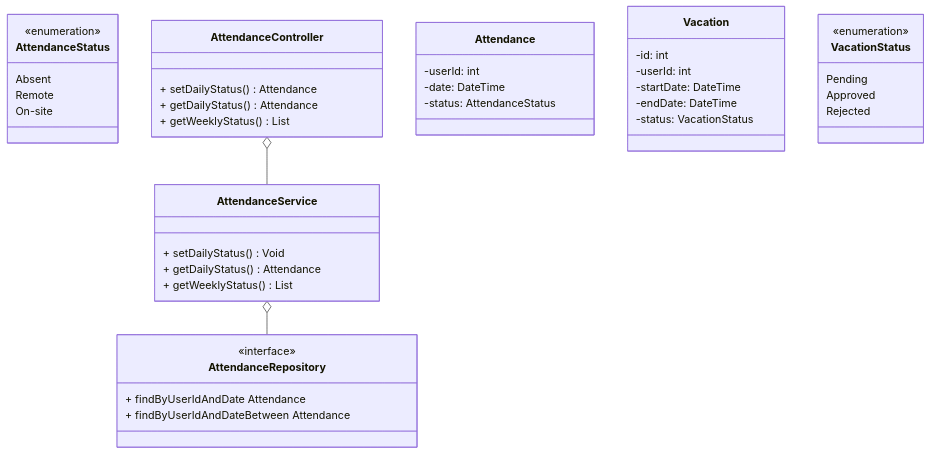
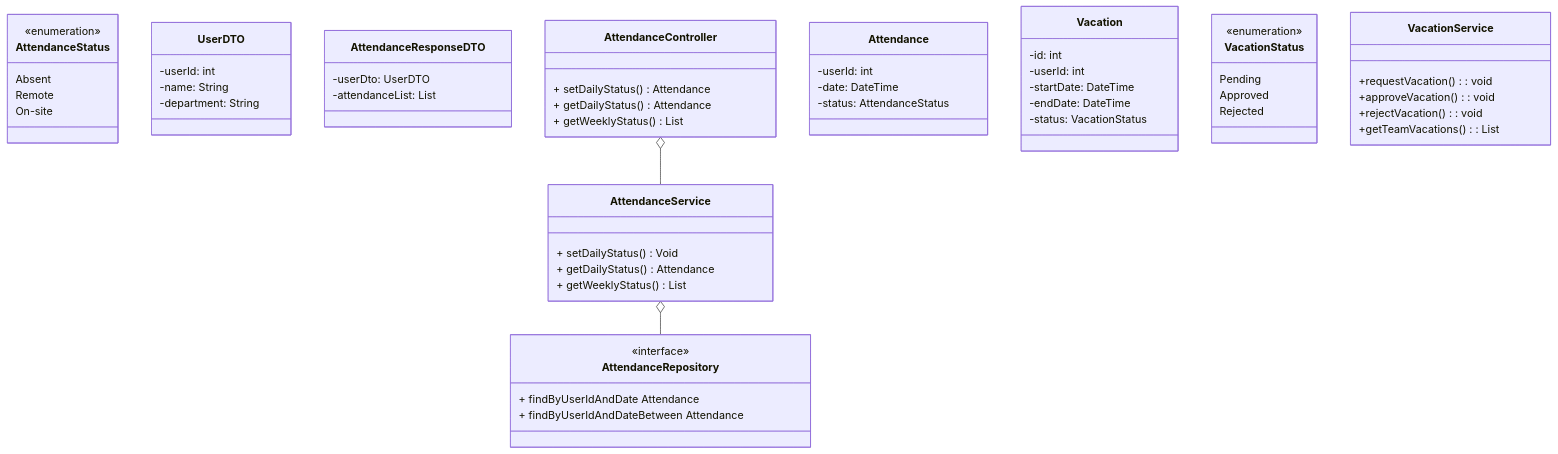
Before and after one commit to wrak-fra5-belbasalla7mar/.github: the seventh of 10 diagrams in profile/README.md, drawn with Mermaid.

````diff
--- a/profile/README.md
+++ b/profile/README.md
@@ -323,47 +323,62 @@
 ```mermaid
 classDiagram
 class AttendanceStatus{
 <<enumeration>>
 Absent
 Remote
 On-site
 }
 class AttendanceService{
 + setDailyStatus() Void
 + getDailyStatus() Attendance
 + getWeeklyStatus() List<Attendance>
+}
+class UserDTO{
+-userId: int
+-name: String
+-department: String 
+}
+class AttendanceResponseDTO{
+-userDto: UserDTO
+-attendanceList: List<Attendance>
 }
 class AttendanceController{
 + setDailyStatus () Attendance
 + getDailyStatus () Attendance
 + getWeeklyStatus() List<Attendance>
 }
 class AttendanceRepository{
 <<interface>>
 + findByUserIdAndDate Attendance
 + findByUserIdAndDateBetween Attendance
 }
 
 class Attendance{
 -userId: int
 -date: DateTime
 -status: AttendanceStatus 
 }
 
 class Vacation{
 -id: int
 -userId: int
 -startDate: DateTime
 -endDate: DateTime
 -status: VacationStatus
 }
 class VacationStatus{
 <<enumeration>>
 Pending
 Approved
 Rejected 
 }
+class VacationService{
++requestVacation(): void
++approveVacation(): void
++rejectVacation(): void
++getTeamVacations(): List<VacationRequest>
+}
 AttendanceController o-- AttendanceService
 AttendanceService o-- AttendanceRepository
 
 ```
````
